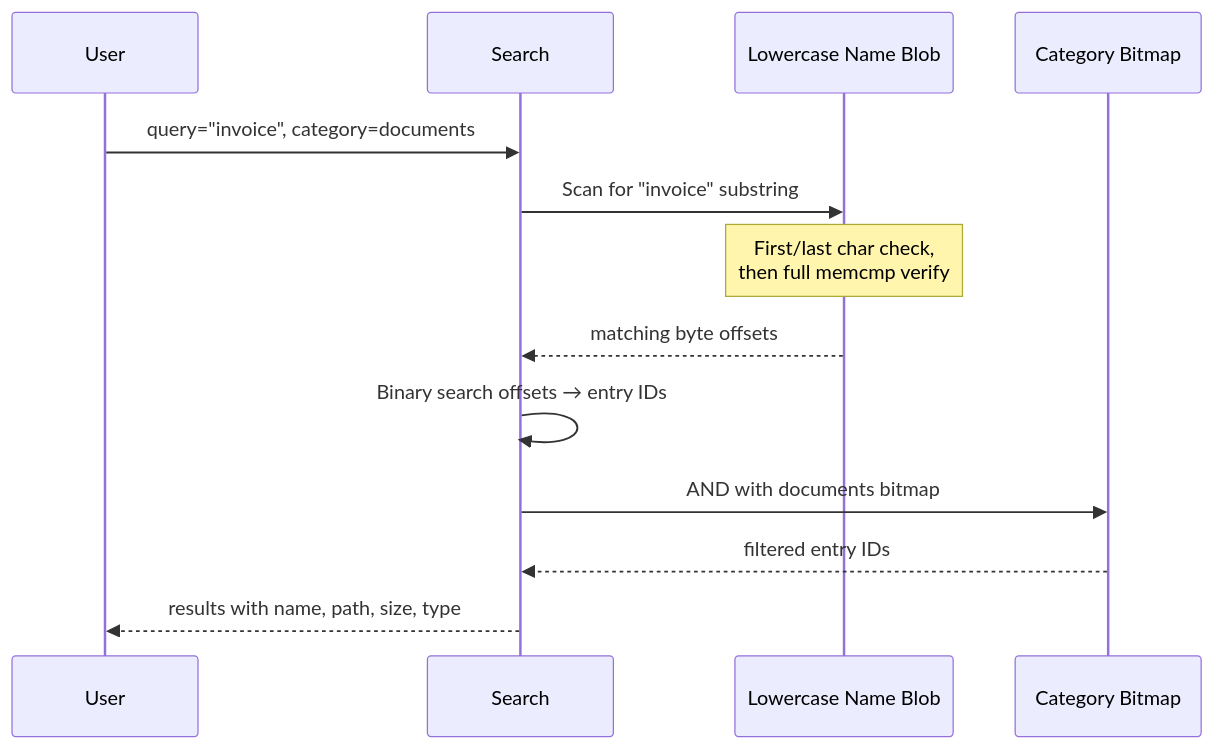
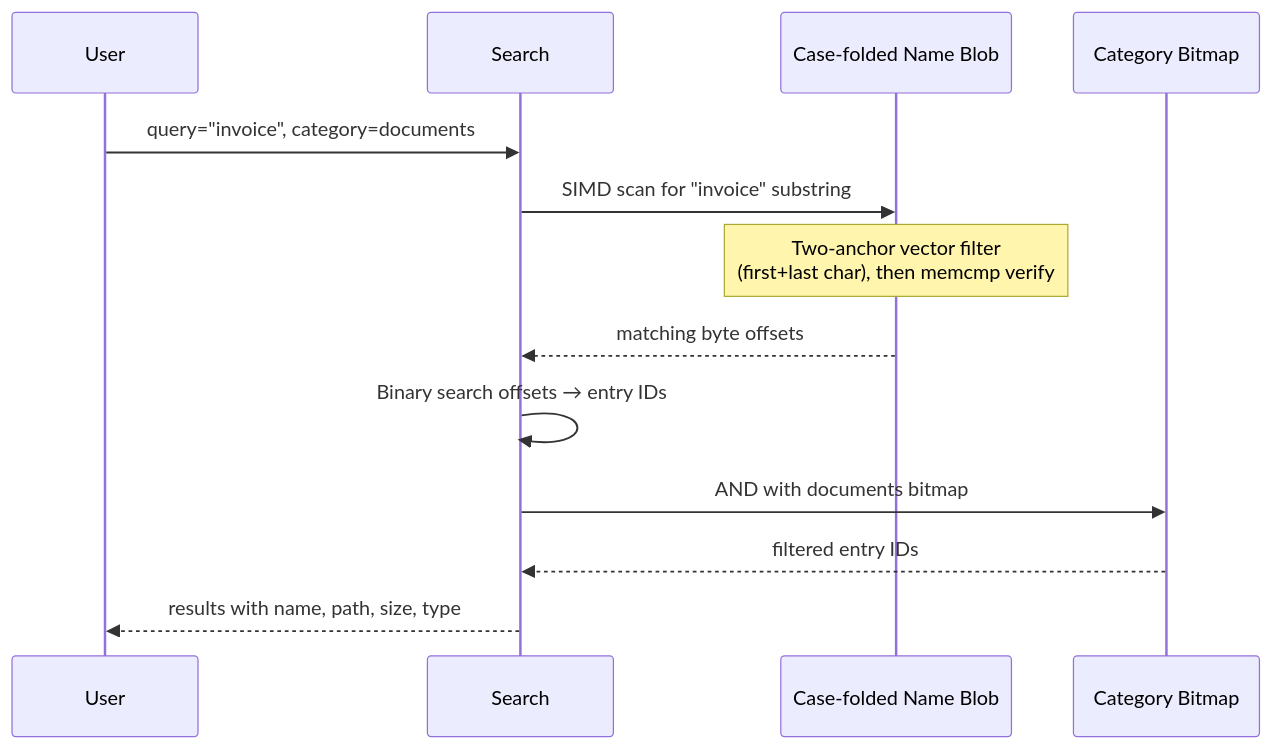
The third of 4 diagrams in README.md (HelgeSverre/zest), drawn with Mermaid before and after one commit. The commit also changed other lines of this file and 1 other file, not shown here.

````diff
--- a/README.md
+++ b/README.md
@@ -107,16 +116,16 @@
 ```mermaid
 sequenceDiagram
     participant User
     participant Search
-    participant NameBlob as Lowercase Name Blob
+    participant NameBlob as Case-folded Name Blob
     participant Bitmap as Category Bitmap
 
     User->>Search: query="invoice", category=documents
-    Search->>NameBlob: Scan for "invoice" substring
-    Note over NameBlob: First/last char check,<br/>then full memcmp verify
+    Search->>NameBlob: SIMD scan for "invoice" substring
+    Note over NameBlob: Two-anchor vector filter<br/>(first+last char), then memcmp verify
     NameBlob-->>Search: matching byte offsets
     Search->>Search: Binary search offsets → entry IDs
     Search->>Bitmap: AND with documents bitmap
     Bitmap-->>Search: filtered entry IDs
     Search-->>User: results with name, path, size, type
 ```
````
